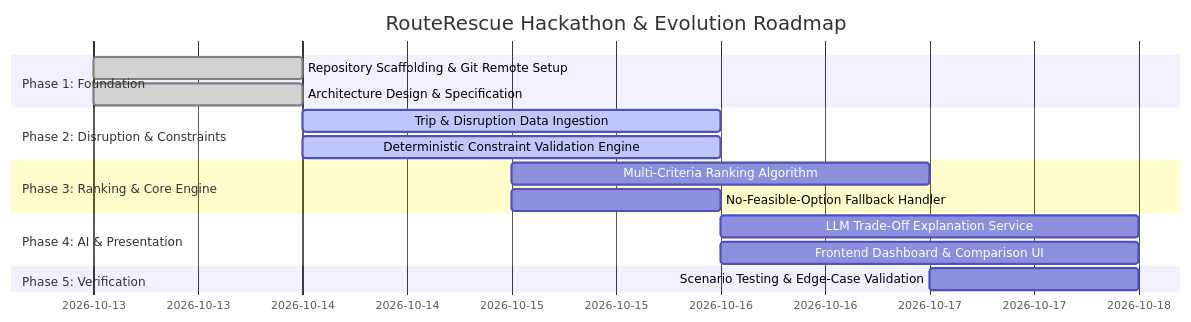
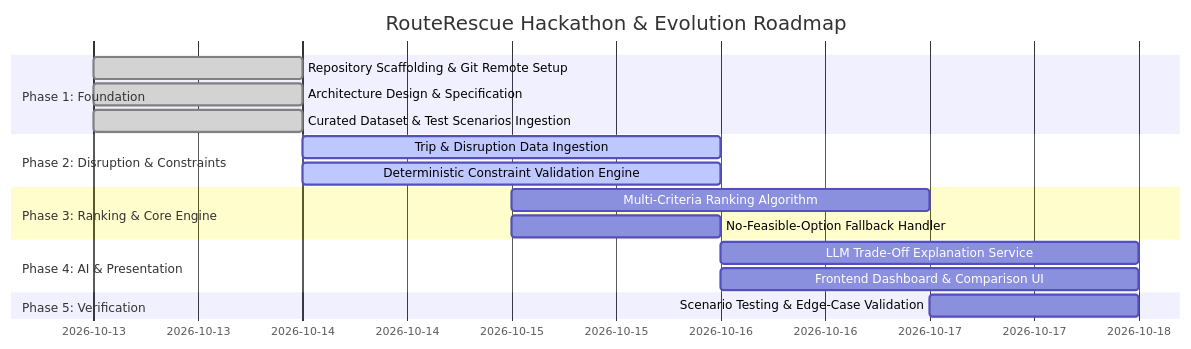
One commit to cooldude698/DEVHOST- changed the fourth of 4 diagrams in README.md. Above: the diagram before and after it, drawn with Mermaid. The commit also changed other lines of this file and 3 other files, not shown here.

Commit message:
feat: add sample datasets, test scenarios, license, and align README with submission checklist

````diff
--- a/README.md
+++ b/README.md
@@ -420,19 +712,20 @@
 ```mermaid
 gantt
     title RouteRescue Hackathon & Evolution Roadmap
     dateFormat  YYYY-MM-DD
     section Phase 1: Foundation
     Repository Scaffolding & Git Remote Setup   :done, 2026-10-13, 1d
     Architecture Design & Specification          :done, 2026-10-13, 1d
+    Curated Dataset & Test Scenarios Ingestion  :done, 2026-10-13, 1d
     section Phase 2: Disruption & Constraints
     Trip & Disruption Data Ingestion            :active, 2026-10-14, 2d
     Deterministic Constraint Validation Engine  :active, 2026-10-14, 2d
     section Phase 3: Ranking & Core Engine
     Multi-Criteria Ranking Algorithm            :2026-10-15, 2d
     No-Feasible-Option Fallback Handler         :2026-10-15, 1d
     section Phase 4: AI & Presentation
     LLM Trade-Off Explanation Service          :2026-10-16, 2d
     Frontend Dashboard & Comparison UI          :2026-10-16, 2d
     section Phase 5: Verification
     Scenario Testing & Edge-Case Validation      :2026-10-17, 1d
 ```
````
